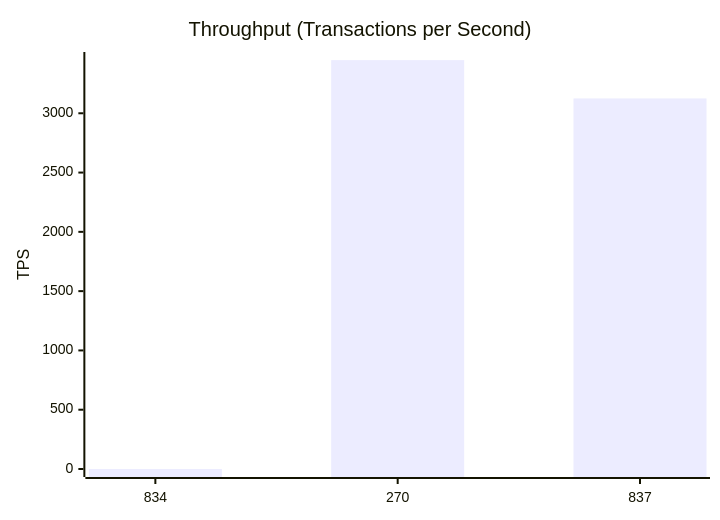
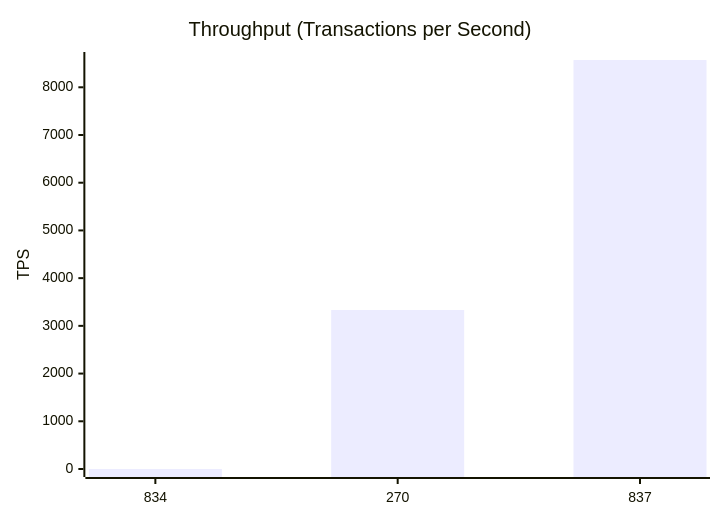
The second of 10 diagrams in test-tools/DataGen/src/Statistics_Visualizer.md (dhagan-va/intern-2025), drawn with Mermaid before and after one commit. The commit also changed other lines of this file and 2 other files, not shown here.

````diff
--- a/test-tools/DataGen/src/Statistics_Visualizer.md
+++ b/test-tools/DataGen/src/Statistics_Visualizer.md
@@ -28,7 +28,7 @@
 ```mermaid
 xychart-beta
     title "Throughput (Transactions per Second)"
     x-axis ["834", "270", "837"]
-    y-axis "TPS" 0 --> 3449.275862068965
-    bar [0.0, 3448.275862068965, 3125.0]
+    y-axis "TPS" 0 --> 8571.938803496943
+    bar [0.0, 3333.2222259258024, 8570.938803496943]
 ```
````
